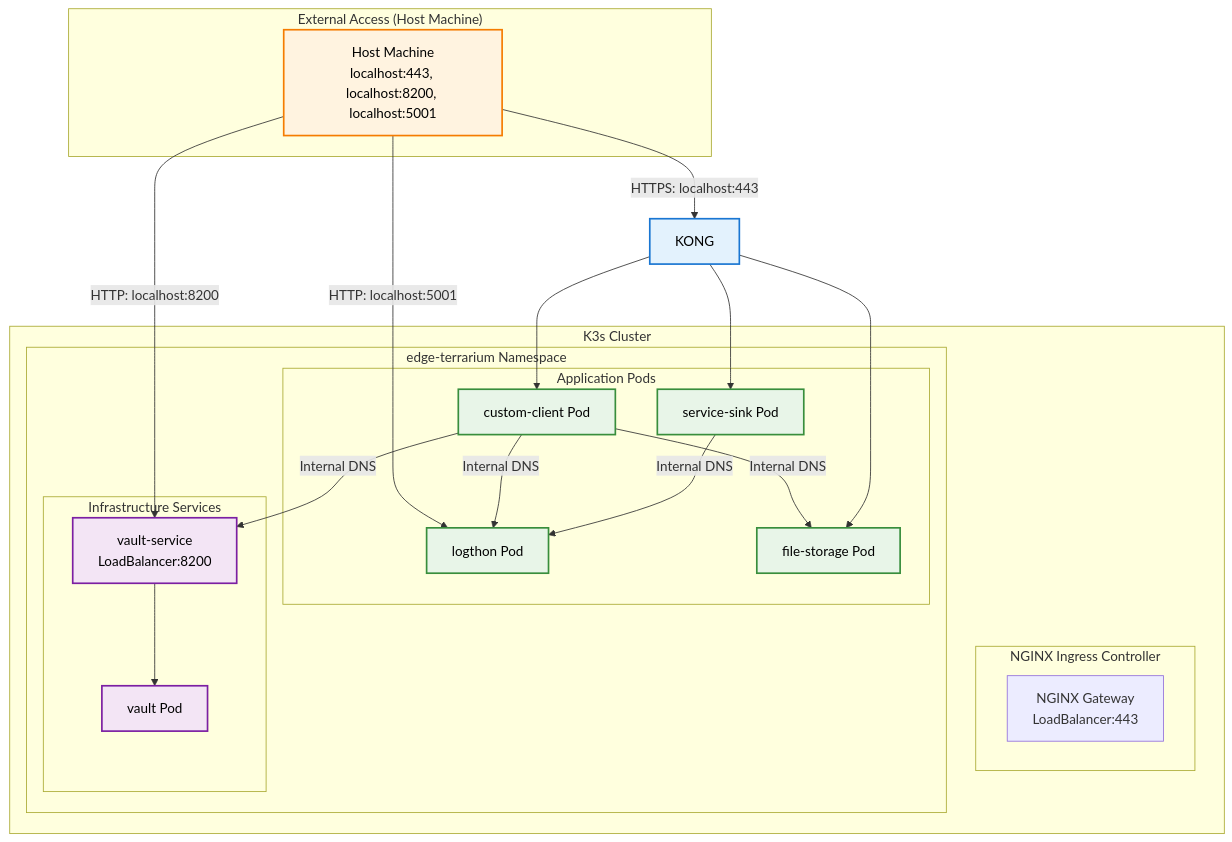
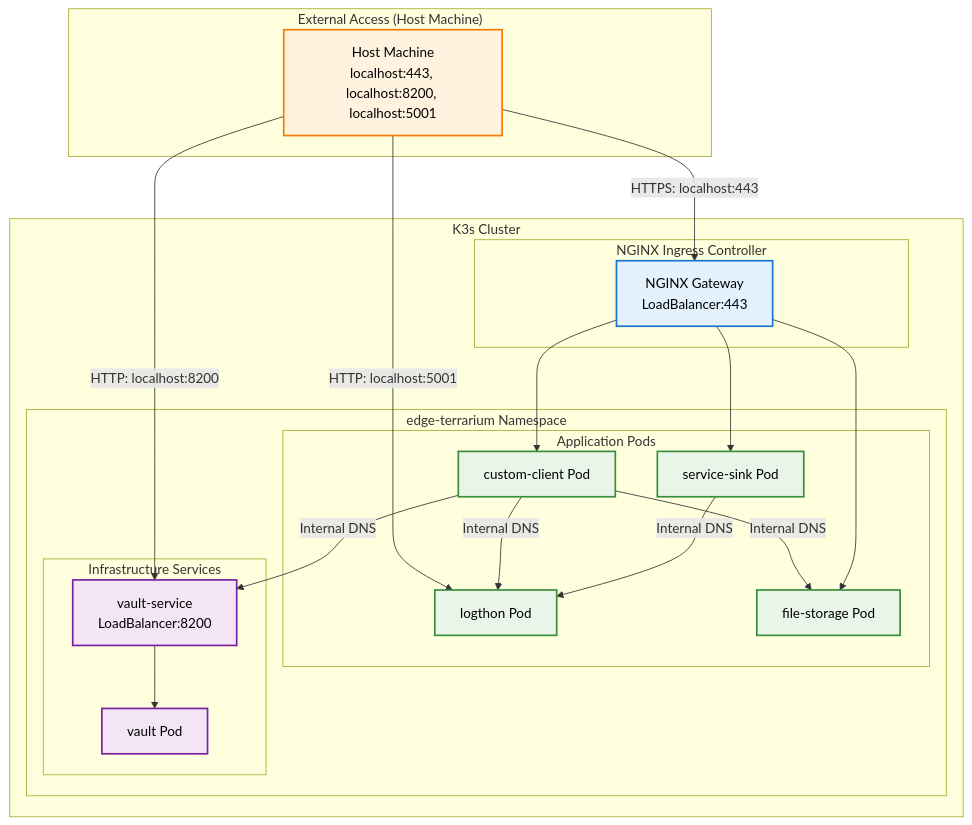
Before and after one commit to aztechead/edge-terrarium: the tenth of 10 diagrams in README.md, drawn with Mermaid. The commit also changed other lines of this file and 8 other files, not shown here.

````diff
--- a/README.md
+++ b/README.md
@@ -2520,56 +2511,56 @@
 ```mermaid
 %%{init: {'themeVariables': {'darkMode': true}}}%%
 flowchart TD
     subgraph "External Access (Host Machine)"
         HOST[Host Machine<br/>localhost:443, localhost:8200, localhost:5001]
     end
     
     subgraph "K3s Cluster"
         subgraph "NGINX Ingress Controller"
             NGINX[NGINX Gateway<br/>LoadBalancer:443]
         end
         
         subgraph "edge-terrarium Namespace"
             subgraph "Application Pods"
                 CC[custom-client Pod]
                 SS[service-sink Pod]
                 LT[logthon Pod]
                 FS[file-storage Pod]
             end
             
             subgraph "Infrastructure Services"
                 VS[vault-service<br/>LoadBalancer:8200]
                 VP[vault Pod]
             end
         end
     end
     
     %% External access flows
-    HOST --> |"HTTPS: localhost:443"| KONG
+    HOST --> |"HTTPS: localhost:443"| NGINX
     HOST --> |"HTTP: localhost:8200"| VS
     HOST --> |"HTTP: localhost:5001"| LT
     
     %% Internal communication flows
     CC --> |"Internal DNS"| VS
     CC --> |"Internal DNS"| LT
     CC --> |"Internal DNS"| FS
     SS --> |"Internal DNS"| LT
     
-    %% Kong routing
-    KONG --> CC
-    KONG --> SS
-    KONG --> FS
+    %% NGINX routing
+    NGINX --> CC
+    NGINX --> SS
+    NGINX --> FS
     
     %% Vault service routing
     VS --> VP
     
     classDef external fill:#fff3e0,stroke:#f57c00,stroke-width:2px,color:#000
     classDef ingress fill:#e3f2fd,stroke:#1976d2,stroke-width:2px,color:#000
     classDef pod fill:#e8f5e8,stroke:#388e3c,stroke-width:2px,color:#000
     classDef service fill:#f3e5f5,stroke:#7b1fa2,stroke-width:2px,color:#000
     
     class HOST external
-    class KONG ingress
+    class NGINX ingress
     class CC,SS,LT,FS pod
     class VS,VP service
 ```
````
